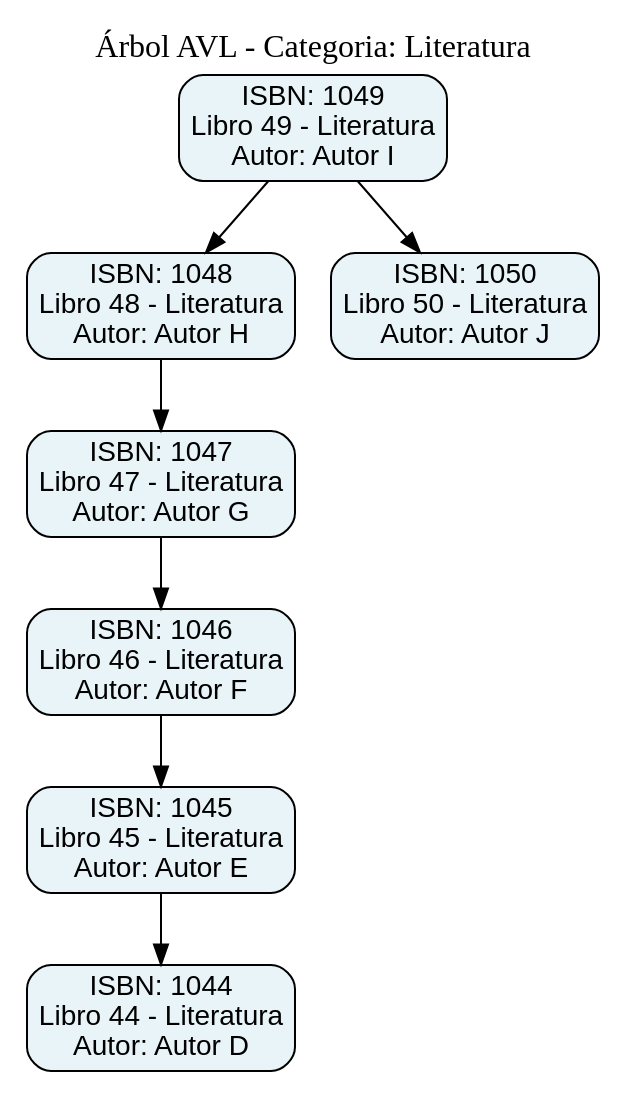
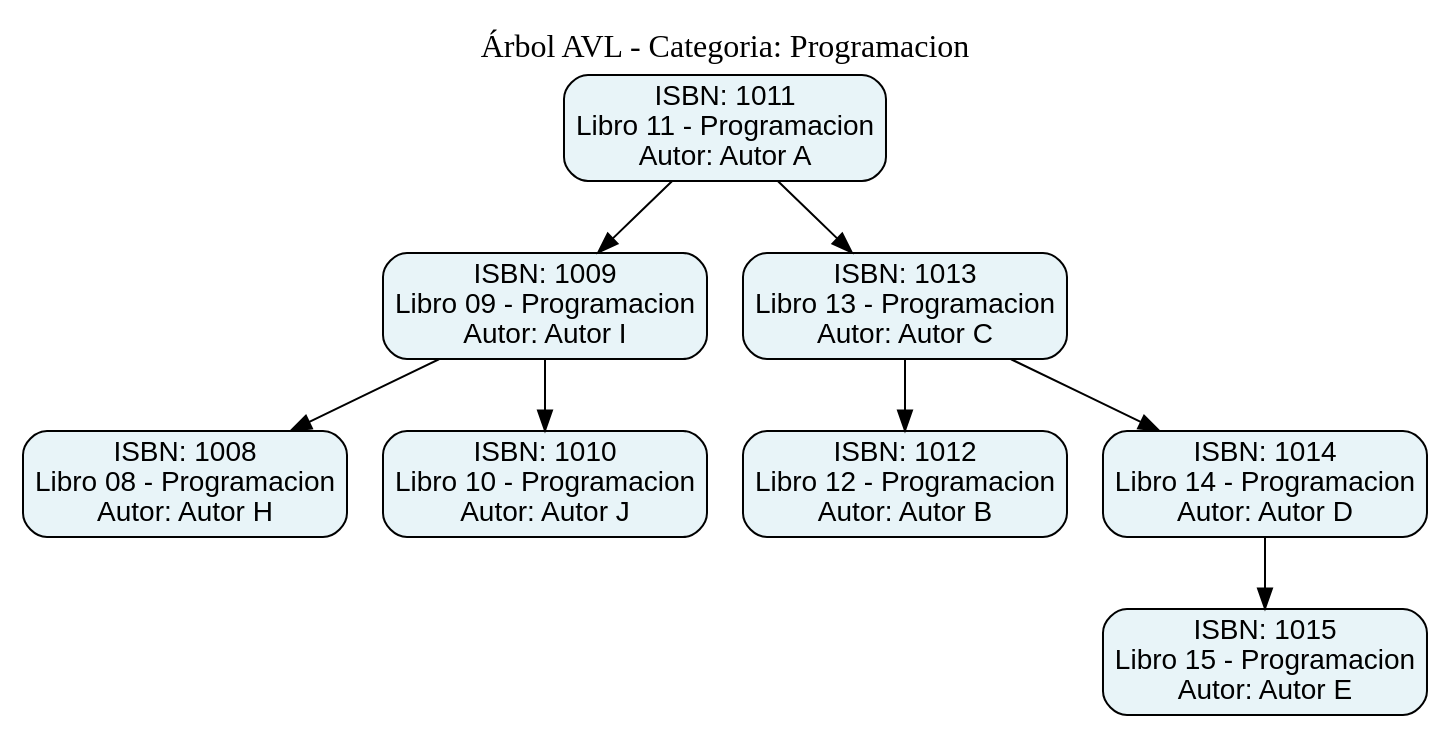
One commit to 4064998100101-cell/IPC2_Proy02_202602_202504191 changed the diagram in Proyecto2/wwwroot/avl_temp.dot. Above: the diagram before and after it, drawn with Graphviz. The commit also changed 2 other files, not shown here.

Commit message:
feat: Error con el arbol avl implementado

```diff
--- a/Proyecto2/wwwroot/avl_temp.dot
+++ b/Proyecto2/wwwroot/avl_temp.dot
@@ -1,20 +1,22 @@
 digraph AVL {
-  node [shape=box, style="rounded,filled", fillcolor="#e8f4f8", fontname="Arial"];
-  edge [fontname="Arial"];
-  label="Árbol AVL - Categoria: Literatura\n";
-  labelloc="top";
-  fontsize=16;
-  isbn_1049 [label="ISBN: 1049\nLibro 49 - Literatura\nAutor: Autor I"];
-  isbn_1049 -> isbn_1048;
-  isbn_1048 [label="ISBN: 1048\nLibro 48 - Literatura\nAutor: Autor H"];
-  isbn_1048 -> isbn_1047;
-  isbn_1047 [label="ISBN: 1047\nLibro 47 - Literatura\nAutor: Autor G"];
-  isbn_1047 -> isbn_1046;
-  isbn_1046 [label="ISBN: 1046\nLibro 46 - Literatura\nAutor: Autor F"];
-  isbn_1046 -> isbn_1045;
-  isbn_1045 [label="ISBN: 1045\nLibro 45 - Literatura\nAutor: Autor E"];
-  isbn_1045 -> isbn_1044;
-  isbn_1044 [label="ISBN: 1044\nLibro 44 - Literatura\nAutor: Autor D"];
-  isbn_1049 -> isbn_1050;
-  isbn_1050 [label="ISBN: 1050\nLibro 50 - Literatura\nAutor: Autor J"];
+   node [shape=box, style="rounded,filled", fillcolor="#e8f4f8", fontname="Arial"];
+   edge [fontname="Arial"];
+   label="Árbol AVL - Categoria: Programacion\n";
+   labelloc="top";
+   fontsize=16;
+   isbn_1011 [label="ISBN: 1011\nLibro 11 - Programacion\nAutor: Autor A"];
+   isbn_1011 -> isbn_1009;
+   isbn_1009 [label="ISBN: 1009\nLibro 09 - Programacion\nAutor: Autor I"];
+   isbn_1009 -> isbn_1008;
+   isbn_1008 [label="ISBN: 1008\nLibro 08 - Programacion\nAutor: Autor H"];
+   isbn_1009 -> isbn_1010;
+   isbn_1010 [label="ISBN: 1010\nLibro 10 - Programacion\nAutor: Autor J"];
+   isbn_1011 -> isbn_1013;
+   isbn_1013 [label="ISBN: 1013\nLibro 13 - Programacion\nAutor: Autor C"];
+   isbn_1013 -> isbn_1012;
+   isbn_1012 [label="ISBN: 1012\nLibro 12 - Programacion\nAutor: Autor B"];
+   isbn_1013 -> isbn_1014;
+   isbn_1014 [label="ISBN: 1014\nLibro 14 - Programacion\nAutor: Autor D"];
+   isbn_1014 -> isbn_1015;
+   isbn_1015 [label="ISBN: 1015\nLibro 15 - Programacion\nAutor: Autor E"];
 }
```
